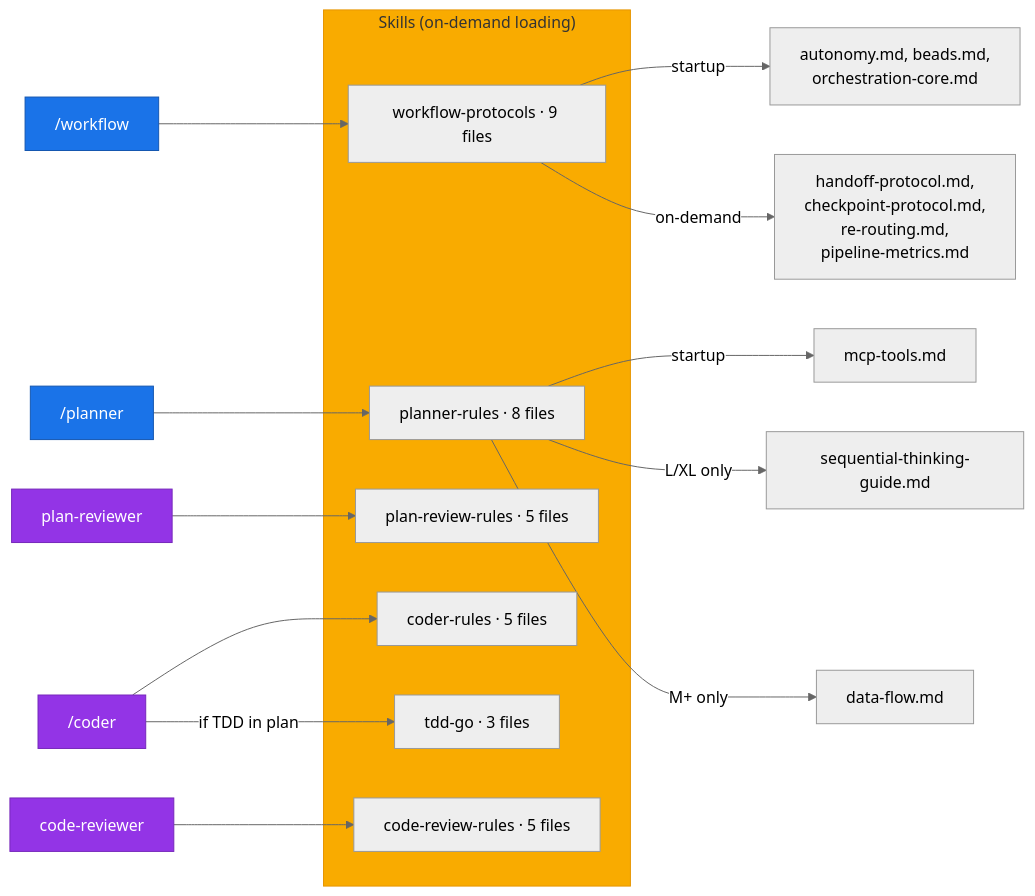
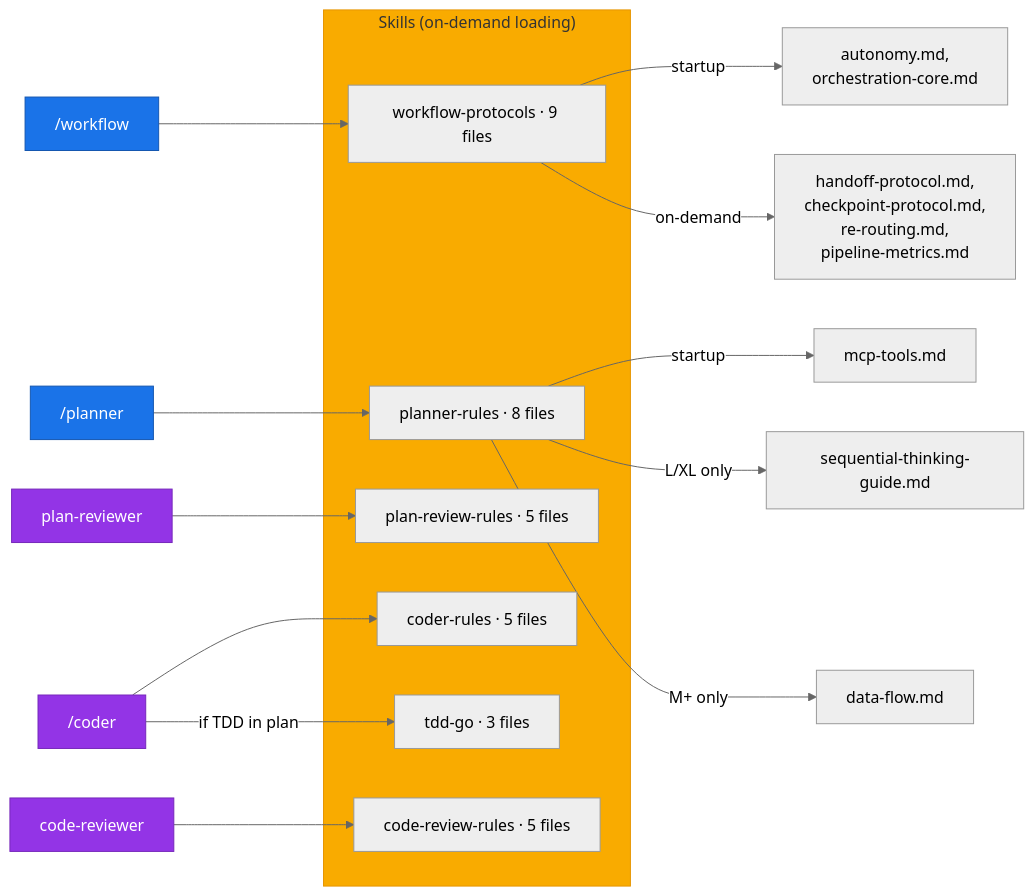
The fifth of 6 diagrams in README.md (hex0xdeadbeef/claude-kit), drawn with Mermaid (neutral theme) before and after one commit. The commit also changed other lines of this file and 26 other files, not shown here.

````diff
--- a/README.md
+++ b/README.md
@@ -400,32 +399,32 @@
 ```mermaid
 flowchart LR
     subgraph SKILLS ["Skills (on-demand loading)"]
         WP["workflow-protocols · 9 files"]
         PLR["planner-rules · 8 files"]
         CDR["coder-rules · 5 files"]
         PRR["plan-review-rules · 5 files"]
         CRR["code-review-rules · 5 files"]
         TDD["tdd-go · 3 files"]
     end
 
     WF2["/workflow"] --> WP
     PL2["/planner"] --> PLR
     CO2["/coder"] --> CDR
     CO2 -->|"if TDD in plan"| TDD
     PREV["plan-reviewer"] --> PRR
     CREV["code-reviewer"] --> CRR
 
-    WP -->|startup| A1["autonomy.md, beads.md,<br/>orchestration-core.md"]
+    WP -->|startup| A1["autonomy.md,<br/>orchestration-core.md"]
     WP -->|on-demand| A2["handoff-protocol.md,<br/>checkpoint-protocol.md,<br/>re-routing.md,<br/>pipeline-metrics.md"]
 
     PLR -->|startup| B1["mcp-tools.md"]
     PLR -->|"L/XL only"| B2["sequential-thinking-guide.md"]
     PLR -->|"M+ only"| B3["data-flow.md"]
 
     style SKILLS fill:#f9ab00,color:#333,stroke:#e69500
     style WF2 fill:#1a73e8,color:#fff,stroke:#1557b0
     style PL2 fill:#1a73e8,color:#fff,stroke:#1557b0
     style CO2 fill:#9334e6,color:#fff,stroke:#7627bb
     style PREV fill:#9334e6,color:#fff,stroke:#7627bb
     style CREV fill:#9334e6,color:#fff,stroke:#7627bb
 ```
````
